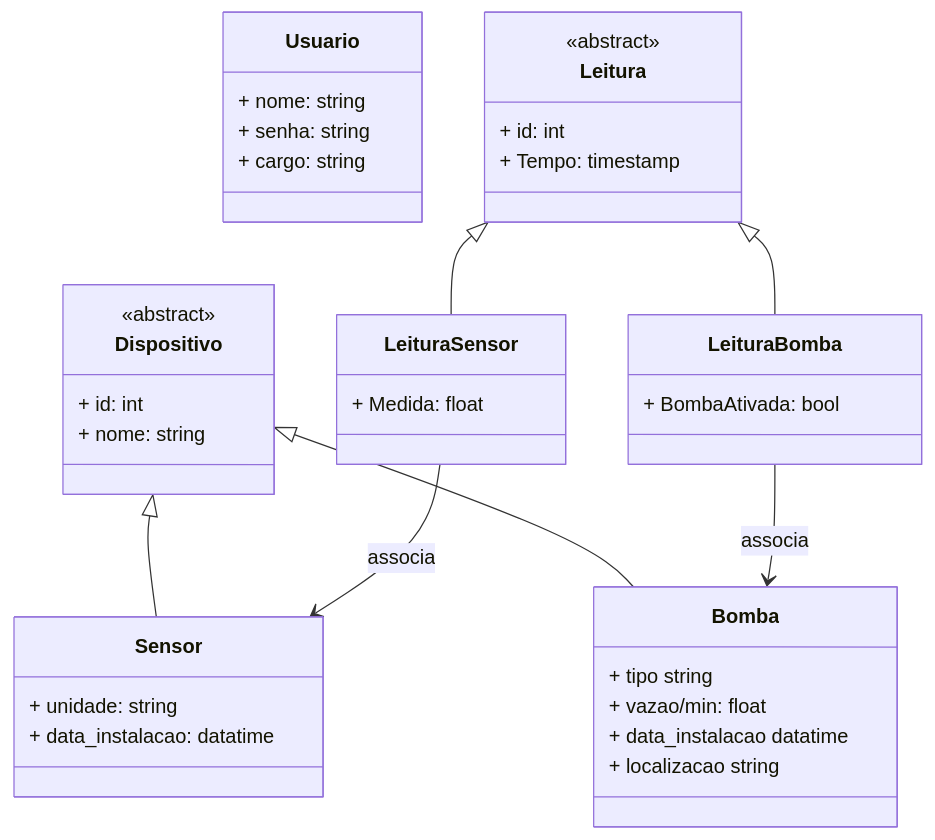
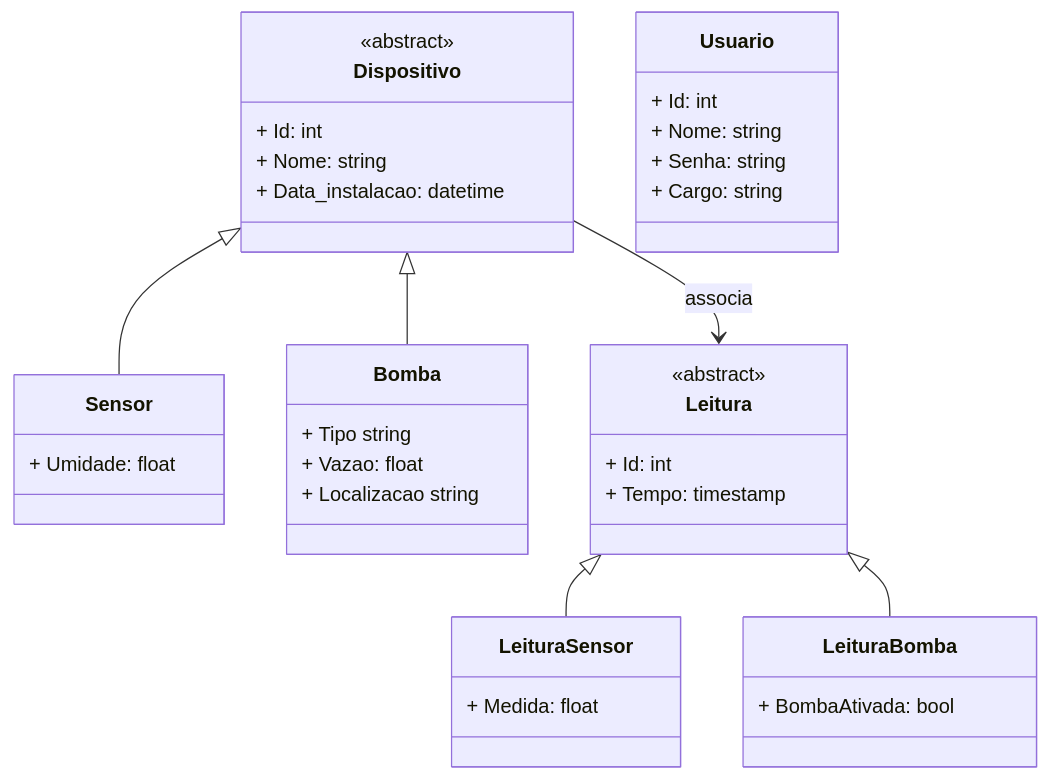
One commit to Giovani-RodriguesS/projeto_iot changed the first of 2 diagrams in docs/README.md. Above: the diagram before and after it, drawn with Mermaid. The commit also changed other lines of this file, not shown here.

Commit message:
docs: update class diagram

````diff
--- a/docs/README.md
+++ b/docs/README.md
@@ -4,47 +5,46 @@
 ```mermaid
 classDiagram
     class Dispositivo {
         <<abstract>>
-        + id: int
-        + nome: string
+        + Id: int
+        + Nome: string
+        + Data_instalacao: datetime
     }
     class Usuario {
-        + nome: string
-        + senha: string
-        + cargo: string
+        + Id: int
+        + Nome: string
+        + Senha: string
+        + Cargo: string
     }
 
 
     class Sensor {
-        + unidade: string
-        + data_instalacao: datatime
+        + Umidade: float
     }
     class Bomba {
-        + tipo string
-        + vazao/min: float
-        + data_instalacao datatime
-        + localizacao string
+        + Tipo string
+        + Vazao: float
+        + Localizacao string
     }
     class Leitura {
         <<abstract>>
-        + id: int
+        + Id: int
         + Tempo: timestamp
     }
     class LeituraBomba {
         + BombaAtivada: bool
     }
     class LeituraSensor {
         + Medida: float
     }
 
     Usuario
     
     Dispositivo  <|-- Sensor
     Dispositivo <|-- Bomba
 
     Leitura <|-- LeituraSensor
     Leitura <|-- LeituraBomba
 
-    LeituraBomba --> Bomba : associa
-    LeituraSensor --> Sensor : associa
+    Dispositivo --> Leitura : associa
 ```
````
